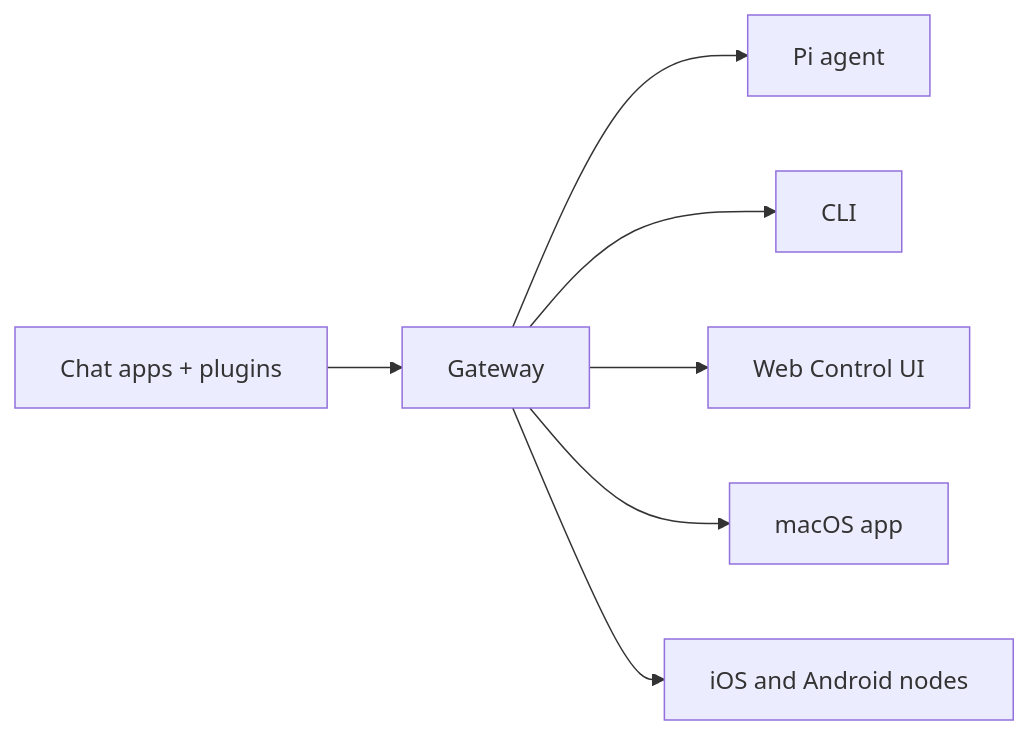
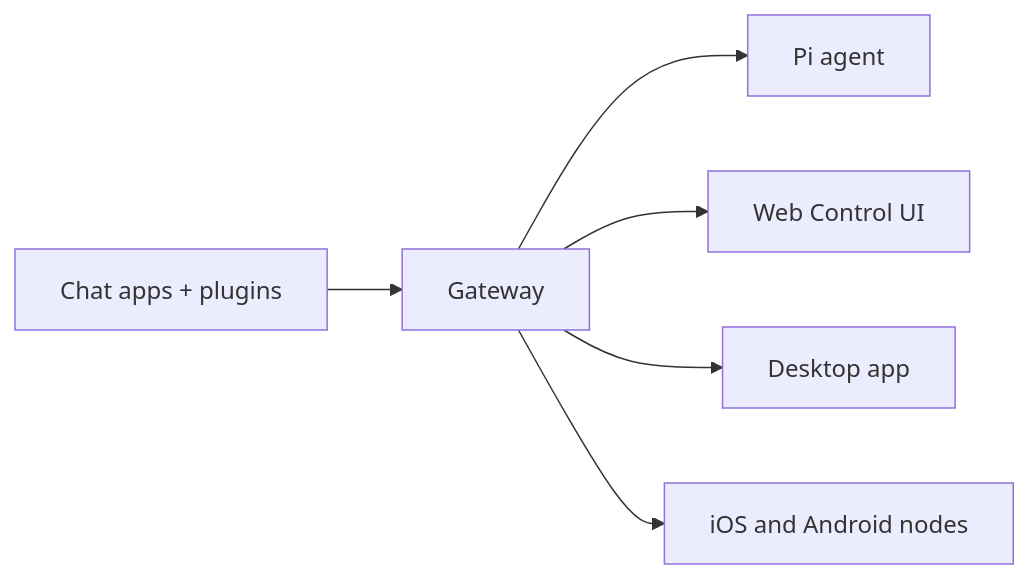
Before and after one commit to vishalgojha/propai-sync: the diagram in docs/index.md, drawn with Mermaid. The commit also changed other lines of this file and 679 other files, not shown here.

````diff
--- a/docs/index.md
+++ b/docs/index.md
@@ -61,9 +61,8 @@
 ```mermaid
 flowchart LR
   A["Chat apps + plugins"] --> B["Gateway"]
   B --> C["Pi agent"]
-  B --> D["CLI"]
-  B --> E["Web Control UI"]
-  B --> F["macOS app"]
-  B --> G["iOS and Android nodes"]
+  B --> D["Web Control UI"]
+  B --> E["Desktop app"]
+  B --> F["iOS and Android nodes"]
 ```
````
